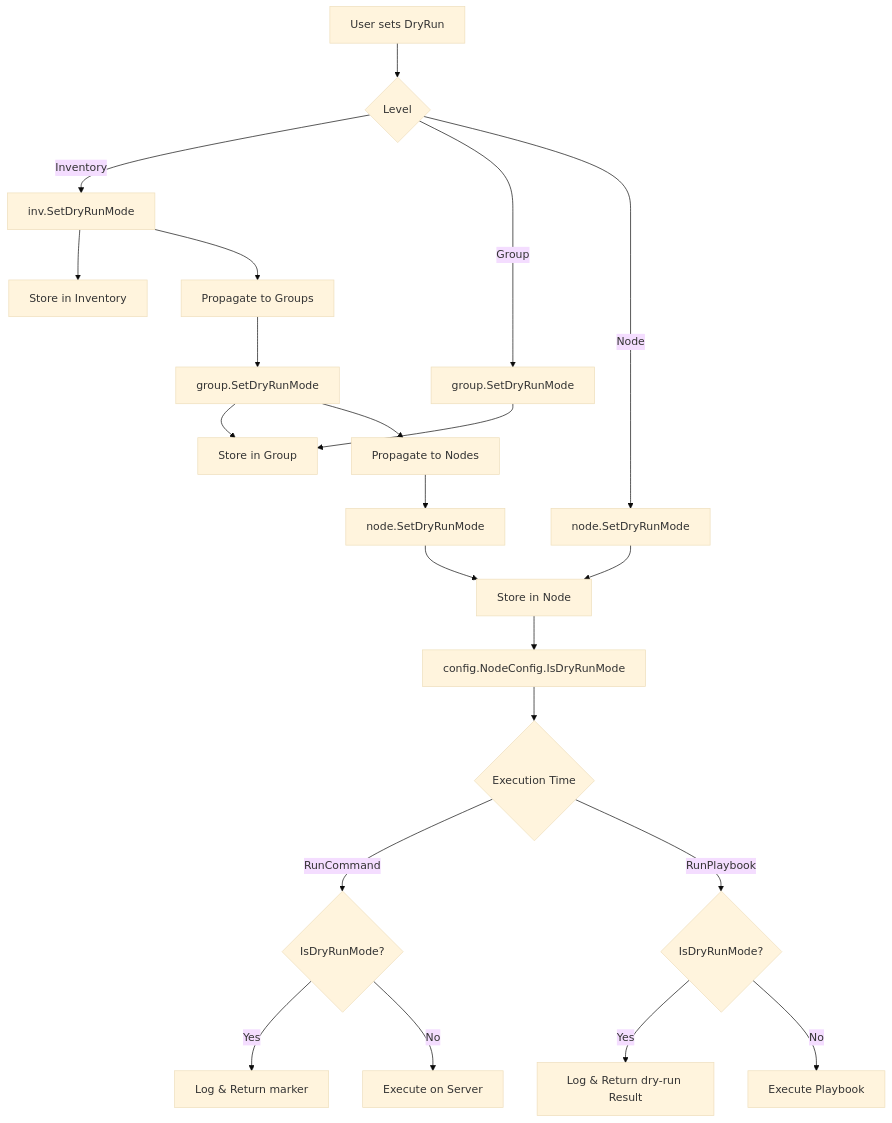
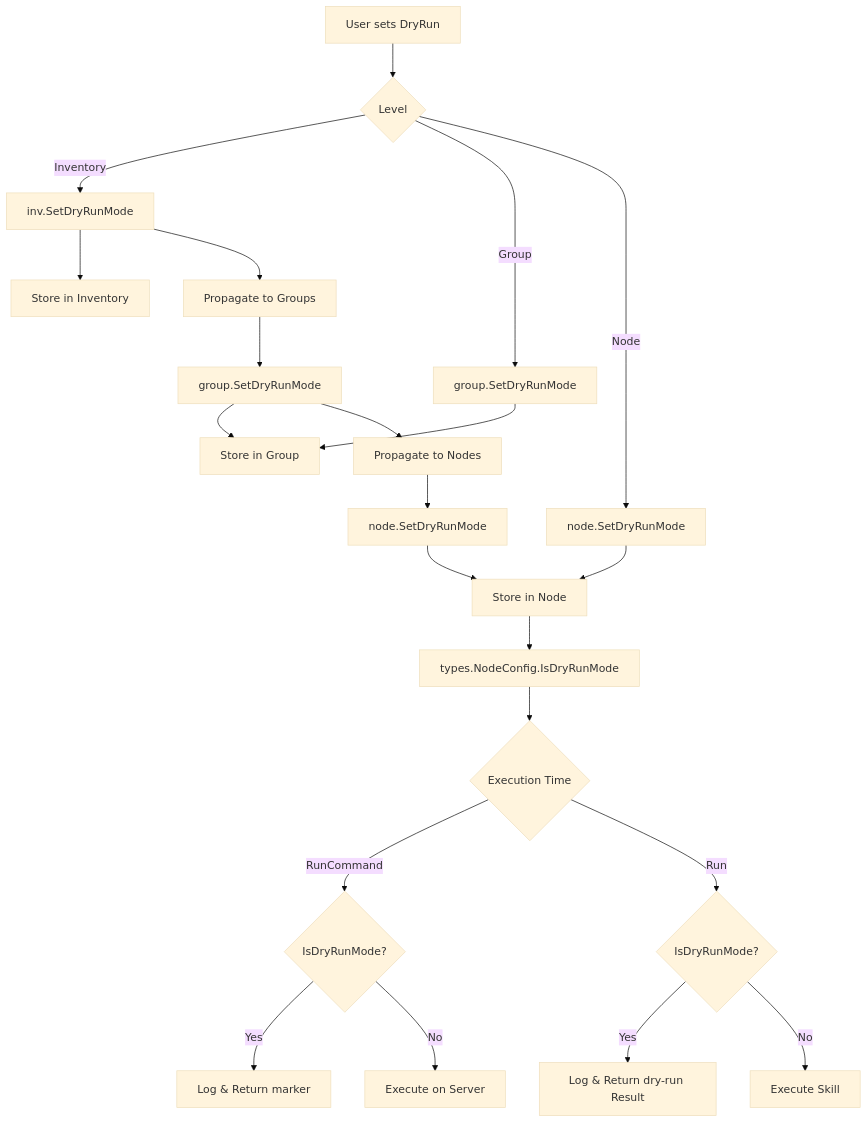
The ninth of 14 diagrams in docs/livewiki/data_flow.md (dracory/ork), drawn with Mermaid (base theme) before and after one commit. The commit also changed other lines of this file and 4 other files, not shown here.

Commit message:
docs: update documentation to reflect package refactoring from config to types and playbooks to skills terminology

````diff
--- a/docs/livewiki/data_flow.md
+++ b/docs/livewiki/data_flow.md
@@ -226,32 +230,32 @@
 ```mermaid
 graph TD
     A[User sets DryRun] --> B{Level}
     B -->|Inventory| C[inv.SetDryRunMode]
     B -->|Group| D[group.SetDryRunMode]
     B -->|Node| E[node.SetDryRunMode]
     
     C --> F[Store in Inventory]
     C --> G[Propagate to Groups]
     
     G --> H[group.SetDryRunMode]
     H --> I[Store in Group]
     H --> J[Propagate to Nodes]
     
     J --> K[node.SetDryRunMode]
     K --> L[Store in Node]
     
     D --> I
     E --> L
     
-    L --> M[config.NodeConfig.IsDryRunMode]
+    L --> M[types.NodeConfig.IsDryRunMode]
     
     M --> N{Execution Time}
     N -->|RunCommand| O{IsDryRunMode?}
-    N -->|RunPlaybook| P{IsDryRunMode?}
+    N -->|Run| P{IsDryRunMode?}
     
     O -->|Yes| Q[Log & Return marker]
     O -->|No| R[Execute on Server]
     
     P -->|Yes| S[Log & Return dry-run Result]
-    P -->|No| T[Execute Playbook]
+    P -->|No| T[Execute Skill]
 ```
````
